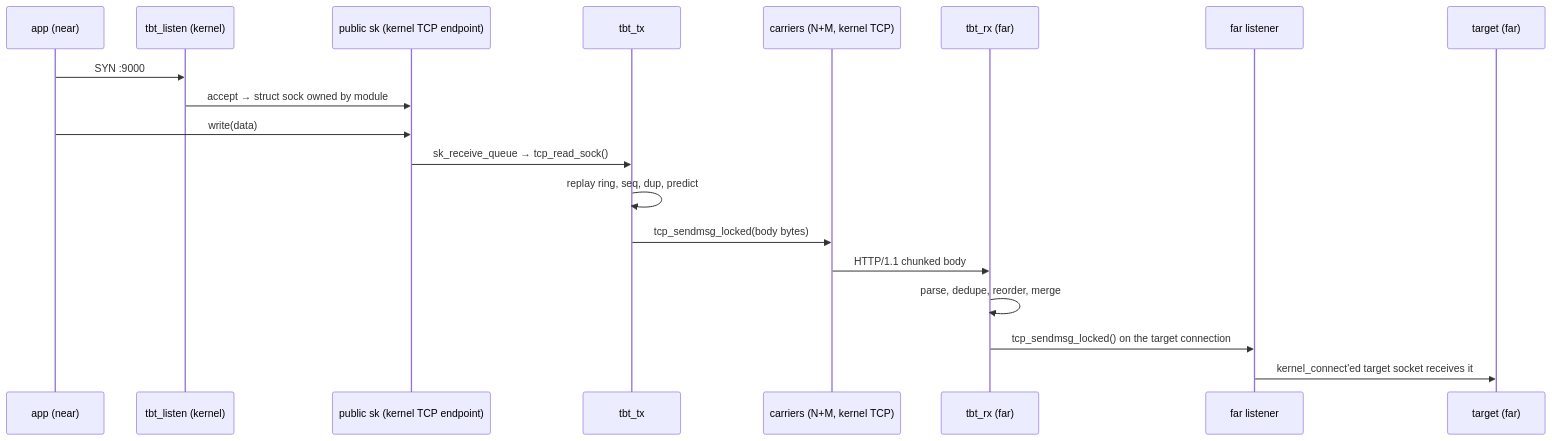
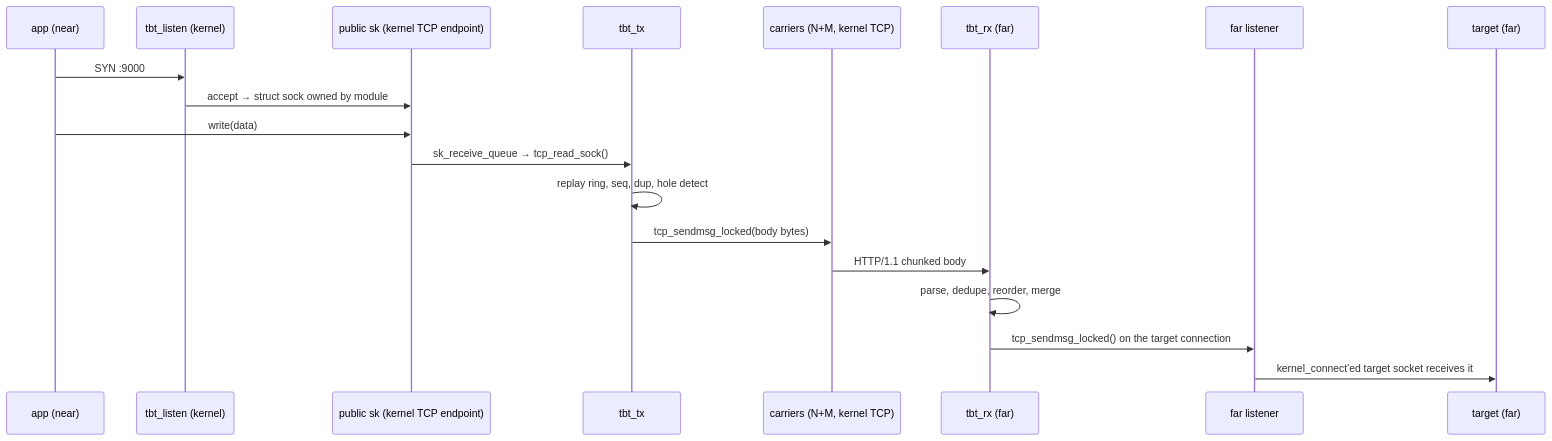
Before and after one commit to PamelaSprin47685ghall/tcp-brutal: the first of 2 diagrams in DESIGN.md, drawn with Mermaid. The commit also changed other lines of this file and 12 other files, not shown here.

````diff
--- a/DESIGN.md
+++ b/DESIGN.md
@@ -125,22 +126,22 @@
 ```mermaid
 sequenceDiagram
     participant A as app (near)
     participant PL as tbt_listen (kernel)
     participant PS as public sk (kernel TCP endpoint)
     participant TX as tbt_tx
     participant CR as carriers (N+M, kernel TCP)
     participant RX as tbt_rx (far)
     participant FL as far listener
     participant T as target (far)
 
     A->>PL: SYN :9000
     PL->>PS: accept → struct sock owned by module
     A->>PS: write(data)
     PS->>TX: sk_receive_queue → tcp_read_sock()
-    TX->>TX: replay ring, seq, dup, predict
+    TX->>TX: replay ring, seq, dup, hole detect
     TX->>CR: tcp_sendmsg_locked(body bytes)
     CR->>RX: HTTP/1.1 chunked body
     RX->>RX: parse, dedupe, reorder, merge
     RX->>FL: tcp_sendmsg_locked() on the target connection
     FL->>T: kernel_connect'ed target socket receives it
 ```
````
